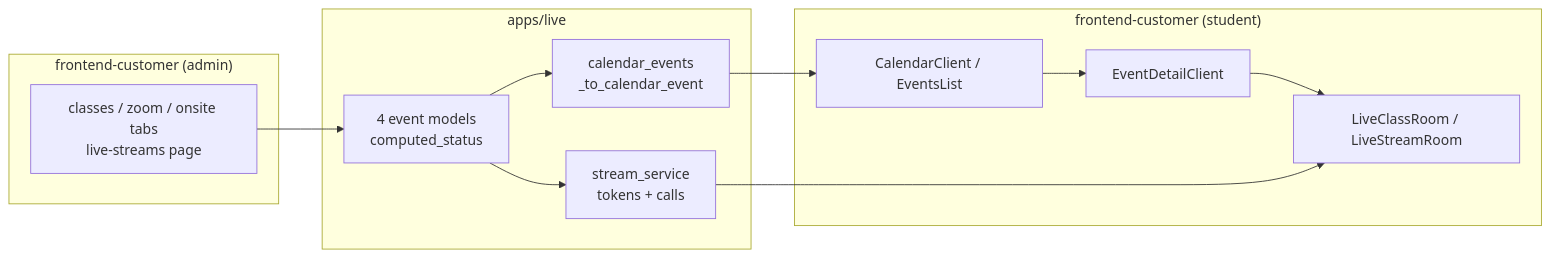
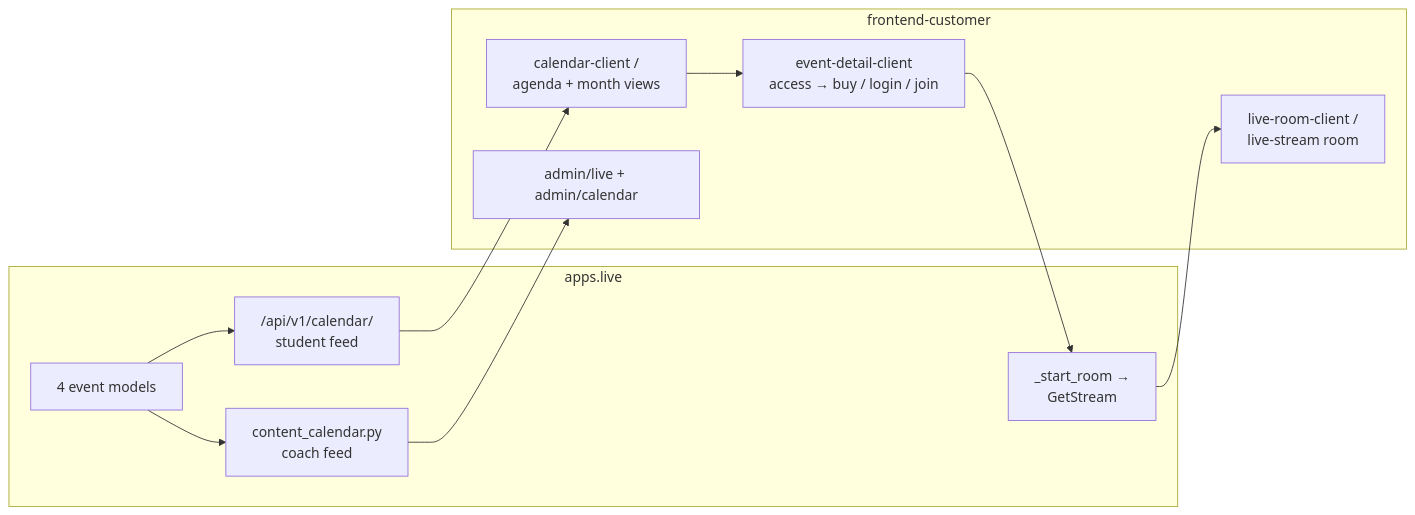
One commit to tahayusufkomur/contentor changed the diagram in docs/wiki/live-events-calendar.md. Above: the diagram before and after it, drawn with Mermaid. The commit also changed other lines of this file and 7 other files, not shown here.

````diff
--- a/docs/wiki/live-events-calendar.md
+++ b/docs/wiki/live-events-calendar.md
@@ -22,22 +16,18 @@
 ```mermaid
-graph LR
-  subgraph Backend["apps/live"]
-    M[4 event models<br/>computed_status]
-    F[calendar_events<br/>_to_calendar_event]
-    S[stream_service<br/>tokens + calls]
-    M --> F
-    M --> S
+flowchart LR
+  subgraph be["apps.live"]
+    M["4 event models"]
+    CAL["/api/v1/calendar/<br/>student feed"]
+    CC["content_calendar.py<br/>coach feed"]
+    ROOM["_start_room →<br/>GetStream"]
   end
-  subgraph Student["frontend-customer (student)"]
-    C[CalendarClient / EventsList]
-    D[EventDetailClient]
-    R["LiveClassRoom / LiveStreamRoom"]
-    C --> D --> R
+  subgraph fe["frontend-customer"]
+    CP["calendar-client /<br/>agenda + month views"]
+    ED["event-detail-client<br/>access → buy / login / join"]
+    LR["live-room-client /<br/>live-stream room"]
+    AD["admin/live + admin/calendar"]
   end
-  subgraph Coach["frontend-customer (admin)"]
-    T[classes / zoom / onsite tabs<br/>live-streams page]
-  end
-  F --> C
-  S --> R
-  T --> M
+  M --> CAL --> CP --> ED
+  M --> CC --> AD
+  ED --> ROOM --> LR
 ```
````
